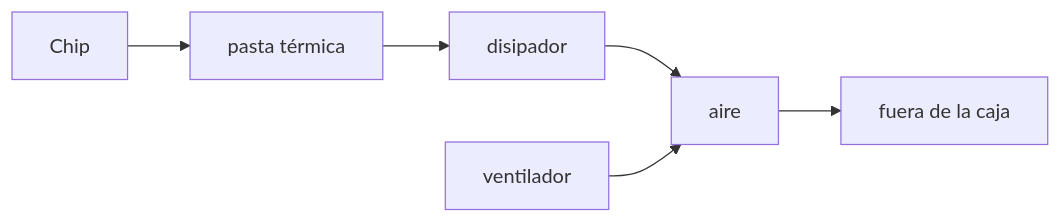
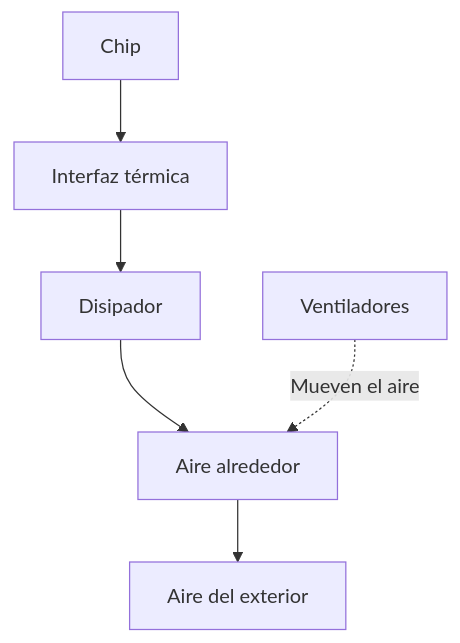
Before and after one commit to nbfrodri/devly: the diagram in src/content/es/articles/refrigeracion-de-un-ordenador.mdx, drawn with Mermaid. The commit also changed other lines of this file and 142 other files, not shown here.

````diff
--- a/src/content/es/articles/refrigeracion-de-un-ordenador.mdx
+++ b/src/content/es/articles/refrigeracion-de-un-ordenador.mdx
@@ -25,5 +37,8 @@
 ```mermaid
-flowchart LR
-	C[Chip] --> P[pasta térmica] --> D[disipador] --> A[aire] --> F[fuera de la caja]
-	V[ventilador] --> A
+flowchart TD
+	C[Chip] --> P[Interfaz térmica]
+	P --> D[Disipador]
+	D --> A[Aire alrededor]
+	A --> F[Aire del exterior]
+	V[Ventiladores] -. Mueven el aire .-> A
 ```
````
